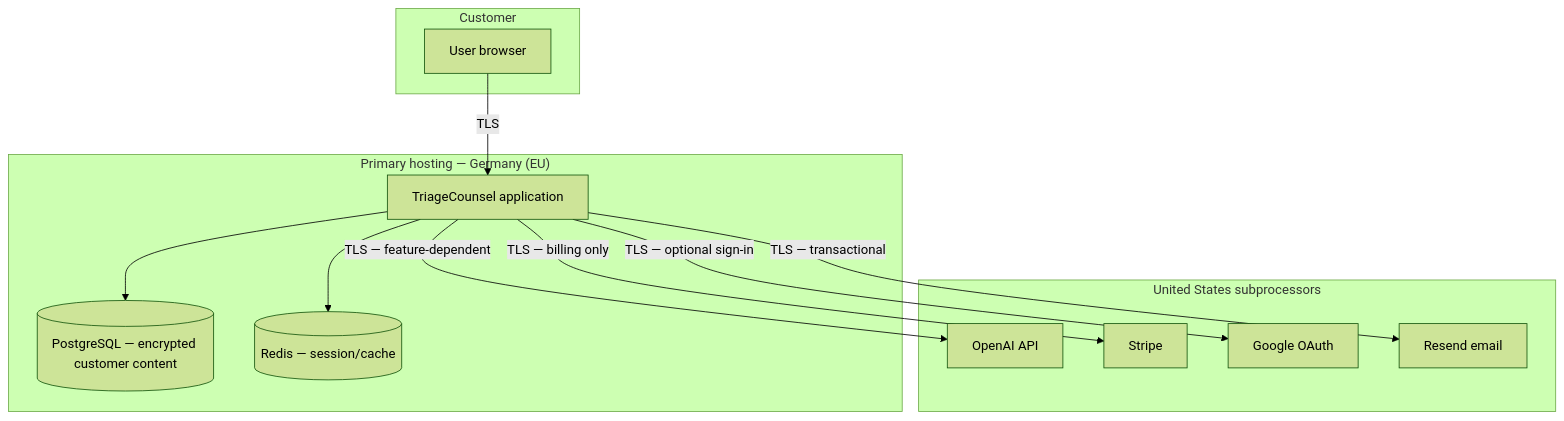
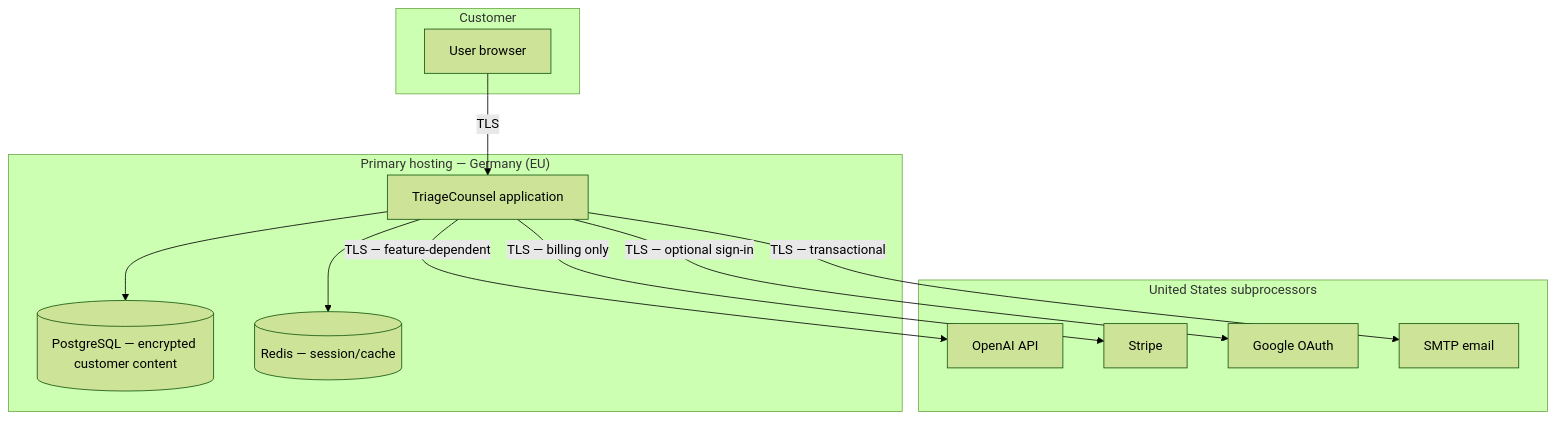
Before and after one commit to guntupalli09/Triage: the diagram in docs/compliance/SUBPROCESSOR_AND_DATA_FLOW_ANNEX.md, drawn with Mermaid (forest theme). The commit also changed other lines of this file and 6 other files, not shown here.

````diff
--- a/docs/compliance/SUBPROCESSOR_AND_DATA_FLOW_ANNEX.md
+++ b/docs/compliance/SUBPROCESSOR_AND_DATA_FLOW_ANNEX.md
@@ -110,27 +110,27 @@
 ```mermaid
 flowchart TB
     subgraph Customer
         U[User browser]
     end
 
     subgraph EU["Primary hosting — Germany (EU)"]
         APP[TriageCounsel application]
         PG[(PostgreSQL — encrypted customer content)]
         RD[(Redis — session/cache)]
     end
 
     subgraph US["United States subprocessors"]
         OAI[OpenAI API]
         STR[Stripe]
         GGL[Google OAuth]
-        RSD[Resend email]
+        SMTP[SMTP email]
     end
 
     U -->|TLS| APP
     APP --> PG
     APP --> RD
     APP -->|TLS — feature-dependent| OAI
     APP -->|TLS — billing only| STR
     APP -->|TLS — optional sign-in| GGL
-    APP -->|TLS — transactional| RSD
+    APP -->|TLS — transactional| SMTP
 ```
````
